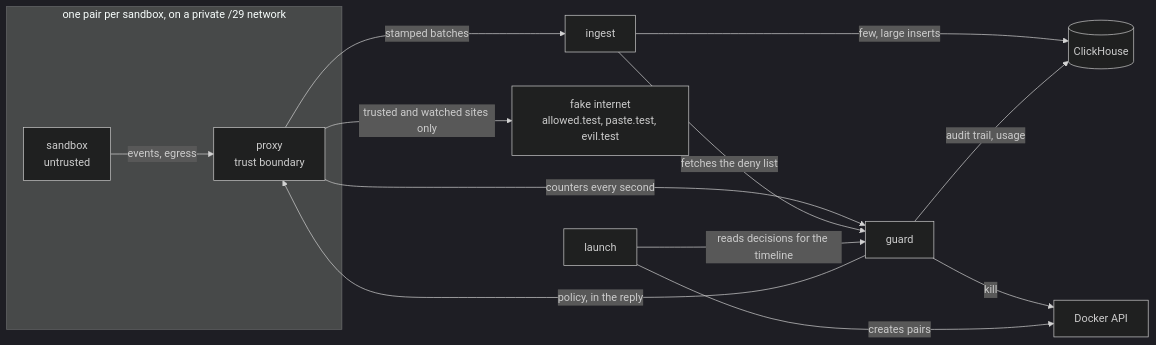
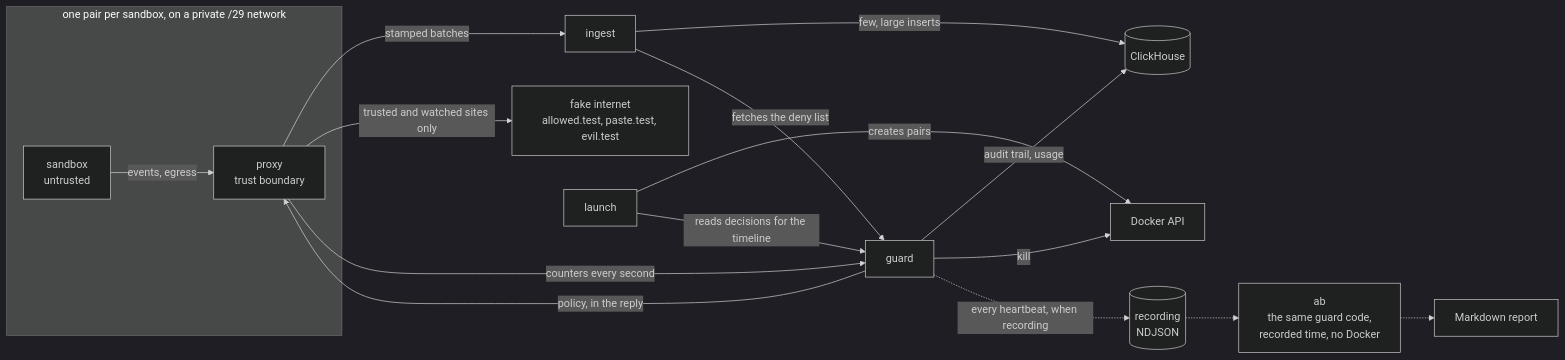
Before and after one commit to joachimzetterman/tiny-sandbox-infra: the diagram in README.md, drawn with Mermaid (dark theme). The commit also changed other lines of this file and 2 other files, not shown here.

````diff
--- a/README.md
+++ b/README.md
@@ -105,16 +147,19 @@
 ```mermaid
 flowchart LR
     subgraph pair["one pair per sandbox, on a private /29 network"]
         S[sandbox<br/>untrusted] -->|events, egress| P[proxy<br/>trust boundary]
     end
     P -->|stamped batches| I[ingest]
     I -->|few, large inserts| CH[(ClickHouse)]
     P -->|trusted and watched sites only| F[fake internet<br/>allowed.test, paste.test, evil.test]
     P -->|counters every second| G[guard]
     G -->|policy, in the reply| P
     I -->|fetches the deny list| G
     G -->|audit trail, usage| CH
     G -->|kill| D[Docker API]
     L[launch] -->|creates pairs| D
     L -->|reads decisions for the timeline| G
+    G -.->|every heartbeat, when recording| R[(recording<br/>NDJSON)]
+    R -.-> AB[ab<br/>the same guard code,<br/>recorded time, no Docker]
+    AB -.-> M[Markdown report]
 ```
````
